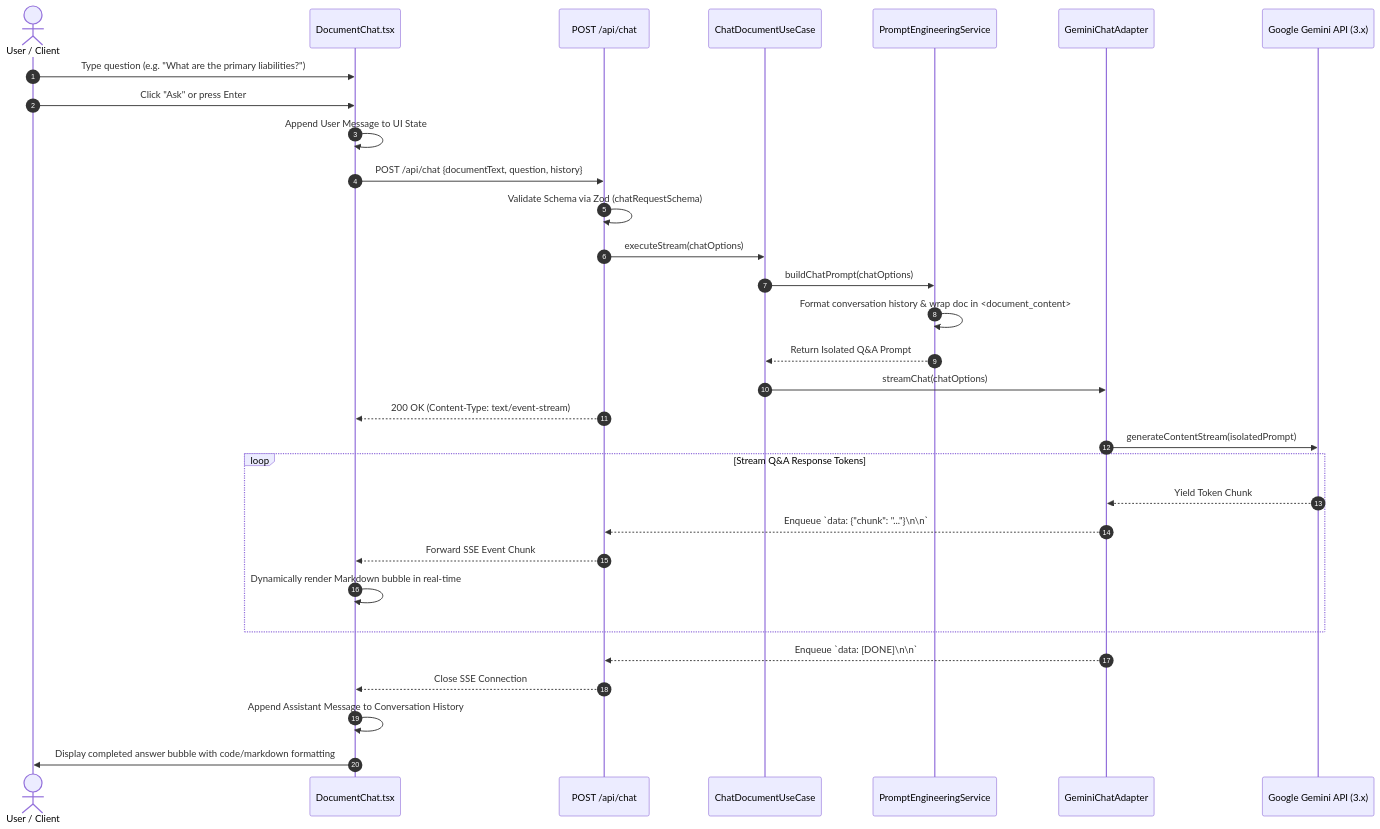
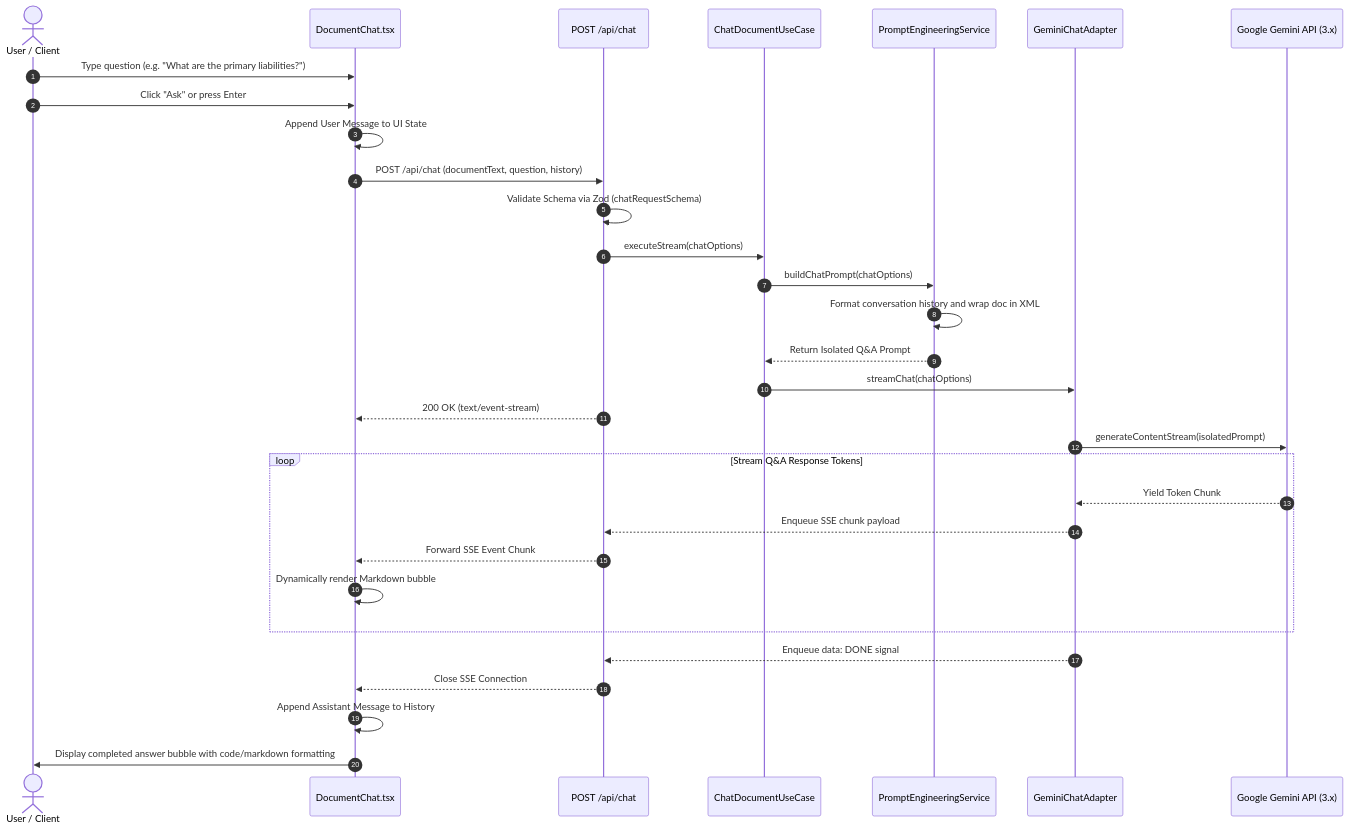
The eighth of 12 diagrams in docs/SYSTEM_DIAGRAMS.md (AdvaitVarhade/docusense-ai), drawn with Mermaid before and after one commit. The commit also changed other lines of this file and 3 other files, not shown here.

Commit message:
fix(docs & ci): resolve Mermaid syntax in 6.2/7.3 and upgrade CI/CD and Docker to Node 22

````diff
--- a/docs/SYSTEM_DIAGRAMS.md
+++ b/docs/SYSTEM_DIAGRAMS.md
@@ -764,39 +758,39 @@
 ```mermaid
 sequenceDiagram
     autonumber
     actor User as User / Client
     participant ChatUI as DocumentChat.tsx
     participant Route as POST /api/chat
     participant UC as ChatDocumentUseCase
     participant PromptSvc as PromptEngineeringService
     participant Adapter as GeminiChatAdapter
     participant GeminiAPI as Google Gemini API (3.x)
 
     User->>ChatUI: Type question (e.g. "What are the primary liabilities?")
     User->>ChatUI: Click "Ask" or press Enter
     ChatUI->>ChatUI: Append User Message to UI State
-    ChatUI->>Route: POST /api/chat {documentText, question, history}
+    ChatUI->>Route: POST /api/chat (documentText, question, history)
     
     Route->>Route: Validate Schema via Zod (chatRequestSchema)
     Route->>UC: executeStream(chatOptions)
     UC->>PromptSvc: buildChatPrompt(chatOptions)
-    PromptSvc->>PromptSvc: Format conversation history & wrap doc in <document_content>
+    PromptSvc->>PromptSvc: Format conversation history and wrap doc in XML
     PromptSvc-->>UC: Return Isolated Q&A Prompt
     
     UC->>Adapter: streamChat(chatOptions)
-    Route-->>ChatUI: 200 OK (Content-Type: text/event-stream)
+    Route-->>ChatUI: 200 OK (text/event-stream)
     
     Adapter->>GeminiAPI: generateContentStream(isolatedPrompt)
     
     loop Stream Q&A Response Tokens
         GeminiAPI-->>Adapter: Yield Token Chunk
-        Adapter-->>Route: Enqueue `data: {"chunk": "..."}\n\n`
+        Adapter-->>Route: Enqueue SSE chunk payload
         Route-->>ChatUI: Forward SSE Event Chunk
-        ChatUI->>ChatUI: Dynamically render Markdown bubble in real-time
+        ChatUI->>ChatUI: Dynamically render Markdown bubble
     end
 
-    Adapter-->>Route: Enqueue `data: [DONE]\n\n`
+    Adapter-->>Route: Enqueue data: DONE signal
     Route-->>ChatUI: Close SSE Connection
-    ChatUI->>ChatUI: Append Assistant Message to Conversation History
+    ChatUI->>ChatUI: Append Assistant Message to History
     ChatUI->>User: Display completed answer bubble with code/markdown formatting
 ```
````
